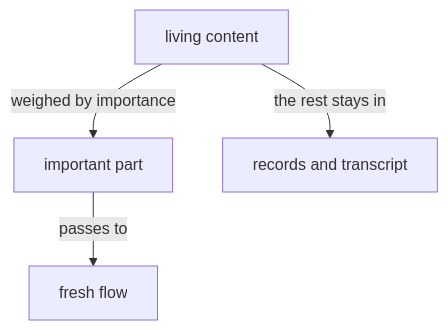
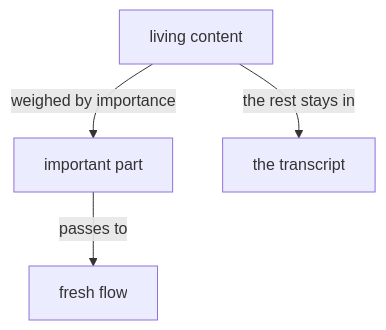
One commit to LiGoldragon/psyche-belief changed the first of 2 diagrams in vision/remembering.md. Above: the diagram before and after it, drawn with Mermaid. The commit also changed other lines of this file and 8 other files, not shown here.

````diff
--- a/vision/remembering.md
+++ b/vision/remembering.md
@@ -19,6 +19,6 @@
 ```mermaid
 flowchart TB
     a["living content"] -- "weighed by importance" --> b["important part"]
-    a -- "the rest stays in" --> c["records and transcript"]
+    a -- "the rest stays in" --> c["the transcript"]
     b -- "passes to" --> d["fresh flow"]
 ```
````
